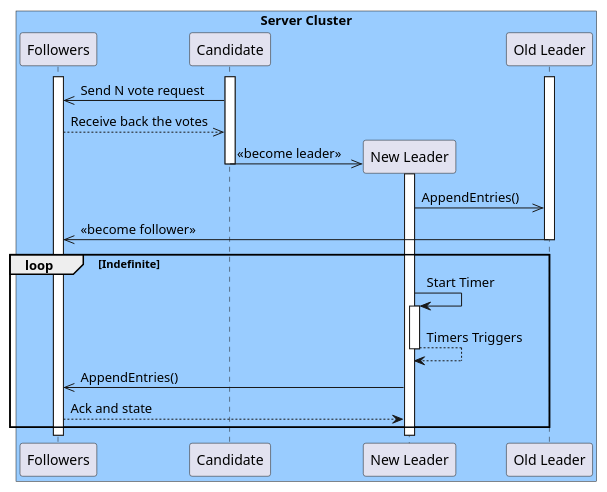
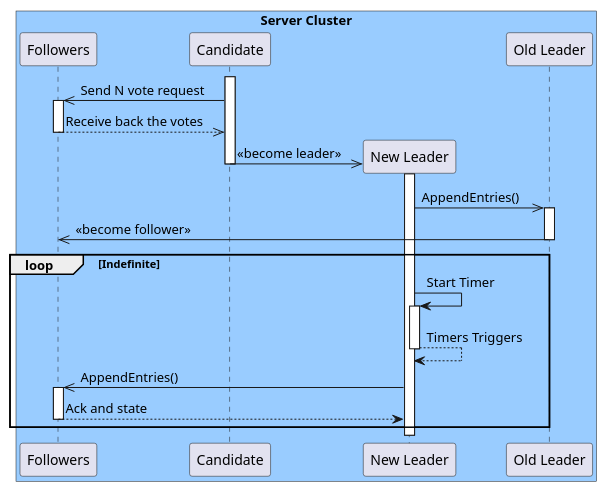
One commit to thedevstone/akka-raft changed the diagram in doc/plantuml/seqDiagrams/LeaderElection.plantuml. Above: the diagram before and after it, drawn with PlantUML. The commit also changed 5 other files, not shown here.

Commit message:
fixed diagram J

```diff
--- a/doc/plantuml/seqDiagrams/LeaderElection.plantuml
+++ b/doc/plantuml/seqDiagrams/LeaderElection.plantuml
@@ -1,29 +1,33 @@
 @startuml
   box "Server Cluster" #99CCFF 
     participant "Followers" as Followers
     participant "Candidate" as Candidate
     participant "New Leader" as Leader
     participant "Old Leader" as OldLeader
 
-  activate OldLeader
-  activate Followers
   activate Candidate
   
   Candidate ->> Followers : Send N vote request
+  activate Followers
   Followers -->> Candidate : Receive back the votes
+  deactivate Followers
   
   Candidate ->> Leader ** : <<become leader>>
+  deactivate Candidate
   activate Leader
-  deactivate Candidate 
+  deactivate Candidate
   Leader ->> OldLeader : AppendEntries()
+  activate OldLeader
   OldLeader ->> Followers: <<become follower>>
   deactivate OldLeader
 
   loop Indefinite
     Leader -> Leader ++ : Start Timer
     return Timers Triggers
     Leader ->> Followers : AppendEntries()
+    activate Followers
     Followers --> Leader : Ack and state
+    deactivate Followers
   end group
 end box
 @enduml
```
